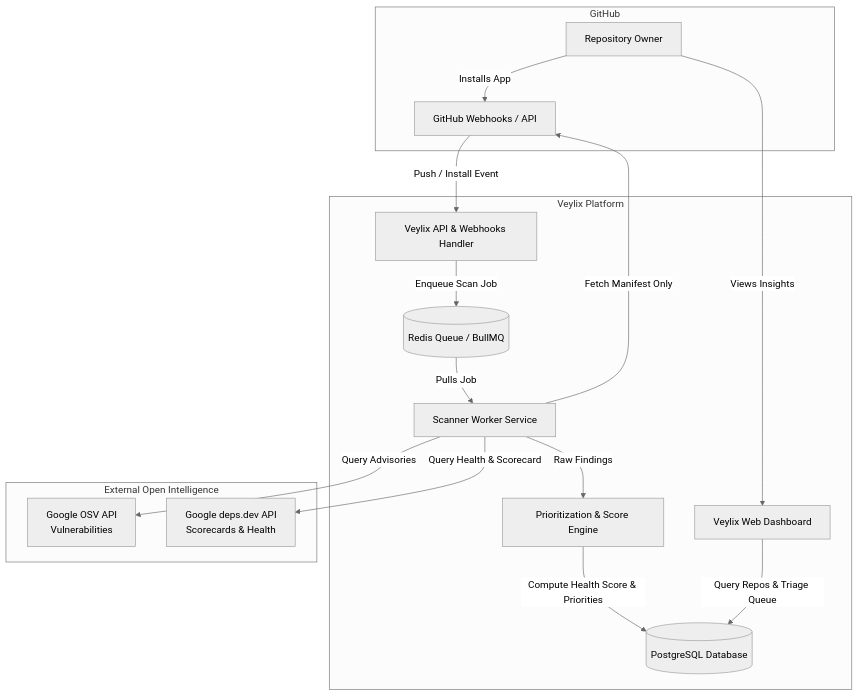
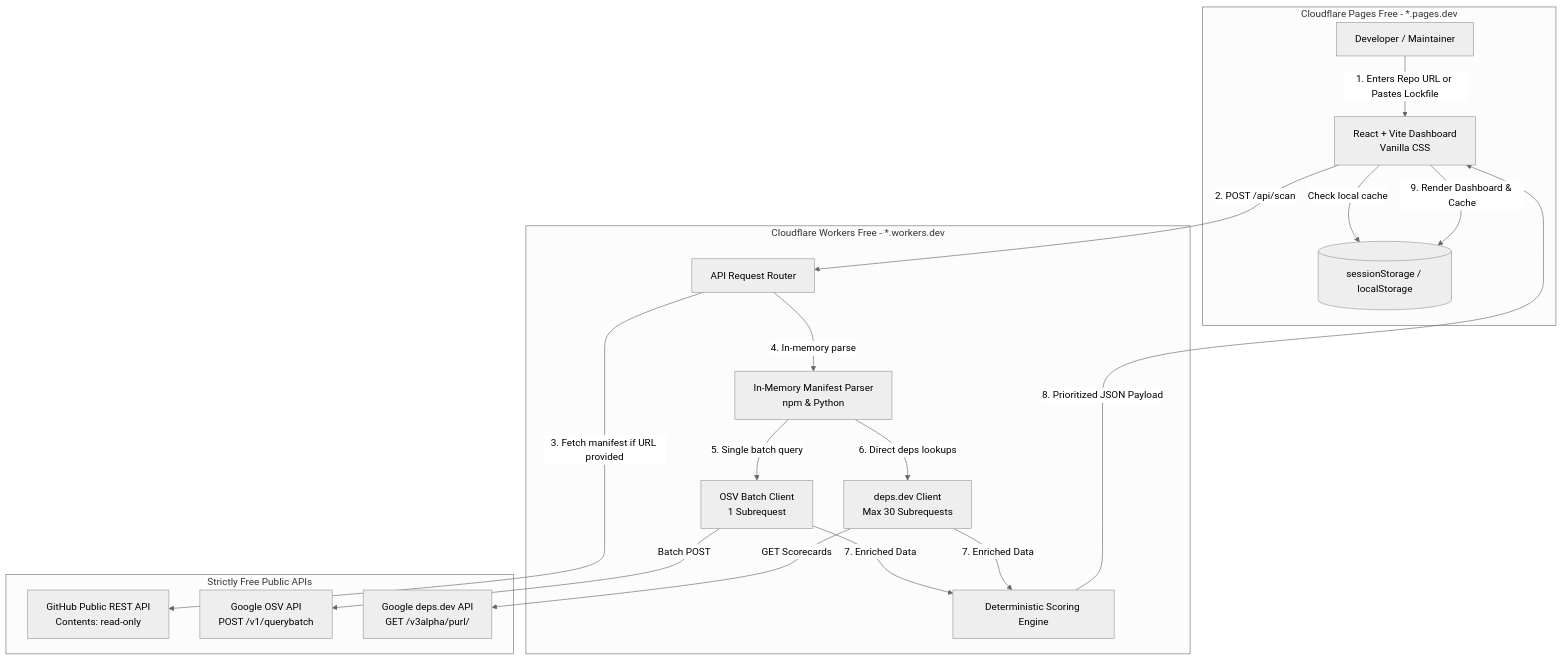
Before and after one commit to om-lakhera/Veylix: the diagram in docs/07_REQUIREMENTS_AND_ARCHITECTURE.md, drawn with Mermaid (neutral theme). The commit also changed other lines of this file and 25 other files, not shown here.

Commit message:
feat: implement OSV batch API client,vulnerability.

````diff
--- a/docs/07_REQUIREMENTS_AND_ARCHITECTURE.md
+++ b/docs/07_REQUIREMENTS_AND_ARCHITECTURE.md
@@ -51,33 +47,35 @@
 ```mermaid
 graph TD
-    subgraph GitHub
-        GH_User[Repository Owner]
-        GH_Webhook[GitHub Webhooks / API]
+    subgraph Client Layer [Cloudflare Pages Free - *.pages.dev]
+        User[Developer / Maintainer]
+        WebUI[React + Vite Dashboard<br/>Vanilla CSS]
+        BrowserCache[(sessionStorage / localStorage)]
     end
 
-    subgraph Veylix Platform
-        API_GW[Veylix API & Webhooks Handler]
-        JobQueue[(Redis Queue / BullMQ)]
-        ScanWorker[Scanner Worker Service]
-        ScoreEngine[Prioritization & Score Engine]
-        DB[(PostgreSQL Database)]
-        WebUI[Veylix Web Dashboard]
+    subgraph Serverless Compute [Cloudflare Workers Free - *.workers.dev]
+        Router[API Request Router]
+        Parser[In-Memory Manifest Parser<br/>npm & Python]
+        OSVClient[OSV Batch Client<br/>1 Subrequest]
+        DepsClient[deps.dev Client<br/>Max 30 Subrequests]
+        TriageEngine[Deterministic Scoring Engine]
     end
 
-    subgraph External Open Intelligence
-        OSV_API[Google OSV API<br/>Vulnerabilities]
-        DEPS_API[Google deps.dev API<br/>Scorecards & Health]
+    subgraph External Open Data [Strictly Free Public APIs]
+        GH_API[GitHub Public REST API<br/>Contents: read-only]
+        OSV_API[Google OSV API<br/>POST /v1/querybatch]
+        DEPS_API[Google deps.dev API<br/>GET /v3alpha/purl/]
     end
 
-    GH_User -->|Installs App| GH_Webhook
-    GH_Webhook -->|Push / Install Event| API_GW
-    API_GW -->|Enqueue Scan Job| JobQueue
-    JobQueue -->|Pulls Job| ScanWorker
-    ScanWorker -->|Fetch Manifest Only| GH_Webhook
-    ScanWorker -->|Query Advisories| OSV_API
-    ScanWorker -->|Query Health & Scorecard| DEPS_API
-    ScanWorker -->|Raw Findings| ScoreEngine
-    ScoreEngine -->|Compute Health Score & Priorities| DB
-    WebUI -->|Query Repos & Triage Queue| DB
-    GH_User -->|Views Insights| WebUI
+    User -->|1. Enters Repo URL or Pastes Lockfile| WebUI
+    WebUI -->|Check local cache| BrowserCache
+    WebUI -->|2. POST /api/scan| Router
+    Router -->|3. Fetch manifest if URL provided| GH_API
+    Router -->|4. In-memory parse| Parser
+    Parser -->|5. Single batch query| OSVClient
+    OSVClient -->|Batch POST| OSV_API
+    Parser -->|6. Direct deps lookups| DepsClient
+    DepsClient -->|GET Scorecards| DEPS_API
+    OSVClient & DepsClient -->|7. Enriched Data| TriageEngine
+    TriageEngine -->|8. Prioritized JSON Payload| WebUI
+    WebUI -->|9. Render Dashboard & Cache| BrowserCache
 ```
````
